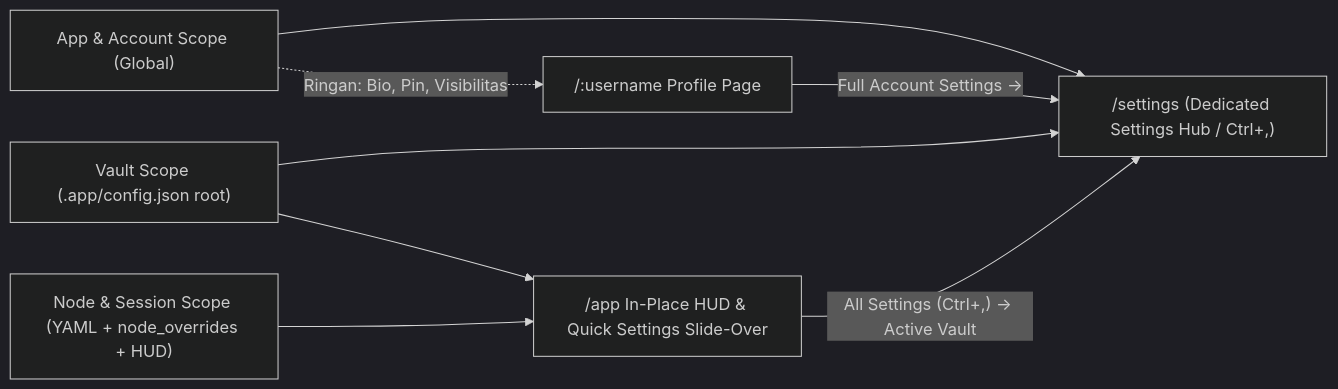
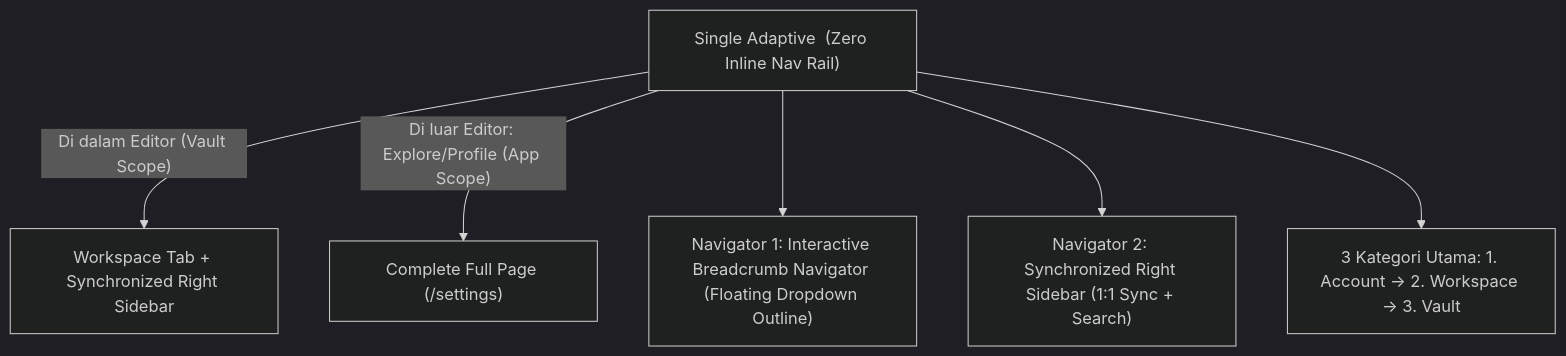
One commit to mjd-code/obmap-meed changed the second of 2 diagrams in docs/03-architecture/system-overview.md. Above: the diagram before and after it, drawn with Mermaid (dark theme). The commit also changed other lines of this file and 87 other files, not shown here.

````diff
--- a/docs/03-architecture/system-overview.md
+++ b/docs/03-architecture/system-overview.md
@@ -67,10 +69,9 @@
 ```mermaid
-flowchart LR
-    APP["App & Account Scope (Global)"] --> HUB["/settings (Dedicated Settings Hub / Ctrl+,)"]
-    VLT["Vault Scope (.app/config.json root)"] --> HUB
-    VLT --> ED["/app In-Place HUD & Quick Settings Slide-Over"]
-    NOD["Node & Session Scope (YAML + node_overrides + HUD)"] --> ED
-    APP -.->|"Ringan: Bio, Pin, Visibilitas"| PROF["/:username Profile Page"]
-    PROF -->|"Full Account Settings ->"| HUB
-    ED -->|"All Settings (Ctrl+,) -> Active Vault"| HUB
+flowchart TB
+    HUB["Single Adaptive <SettingsHub /> (Zero Inline Nav Rail)"]
+    HUB -->|"Di dalam Editor (Vault Scope)"| TAB["Workspace Tab + Synchronized Right Sidebar"]
+    HUB -->|"Di luar Editor: Explore/Profile (App Scope)"| FULL["Complete Full Page (/settings)"]
+    HUB --> NAV1["Navigator 1: Interactive Breadcrumb Navigator (Floating Dropdown Outline)"]
+    HUB --> NAV2["Navigator 2: Synchronized Right Sidebar (1:1 Sync + Search)"]
+    HUB --> CAT["3 Kategori Utama: 1. Account -> 2. Workspace -> 3. Vault"]
 ```
````
